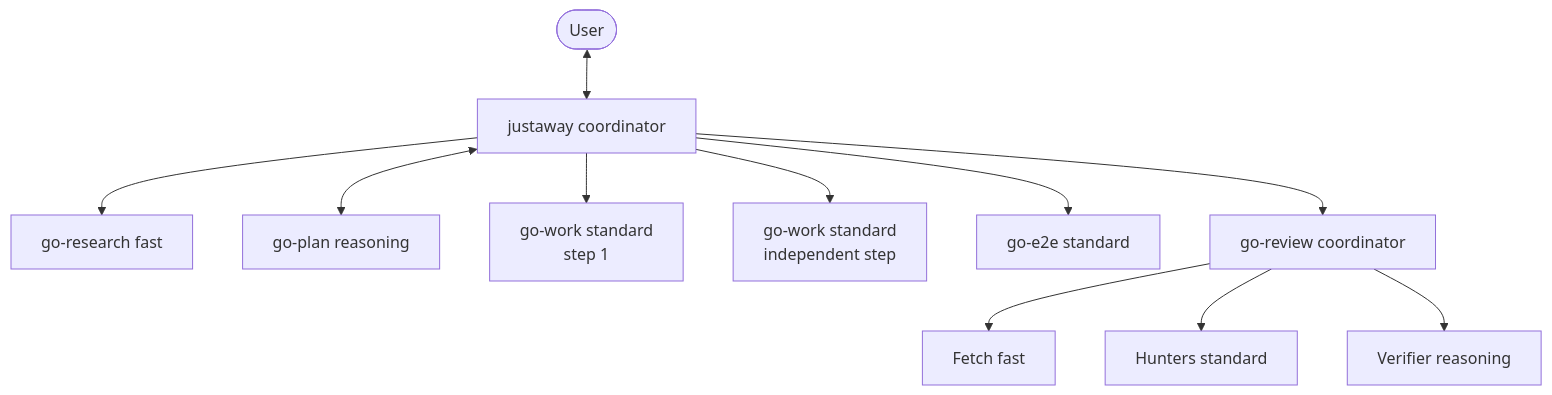
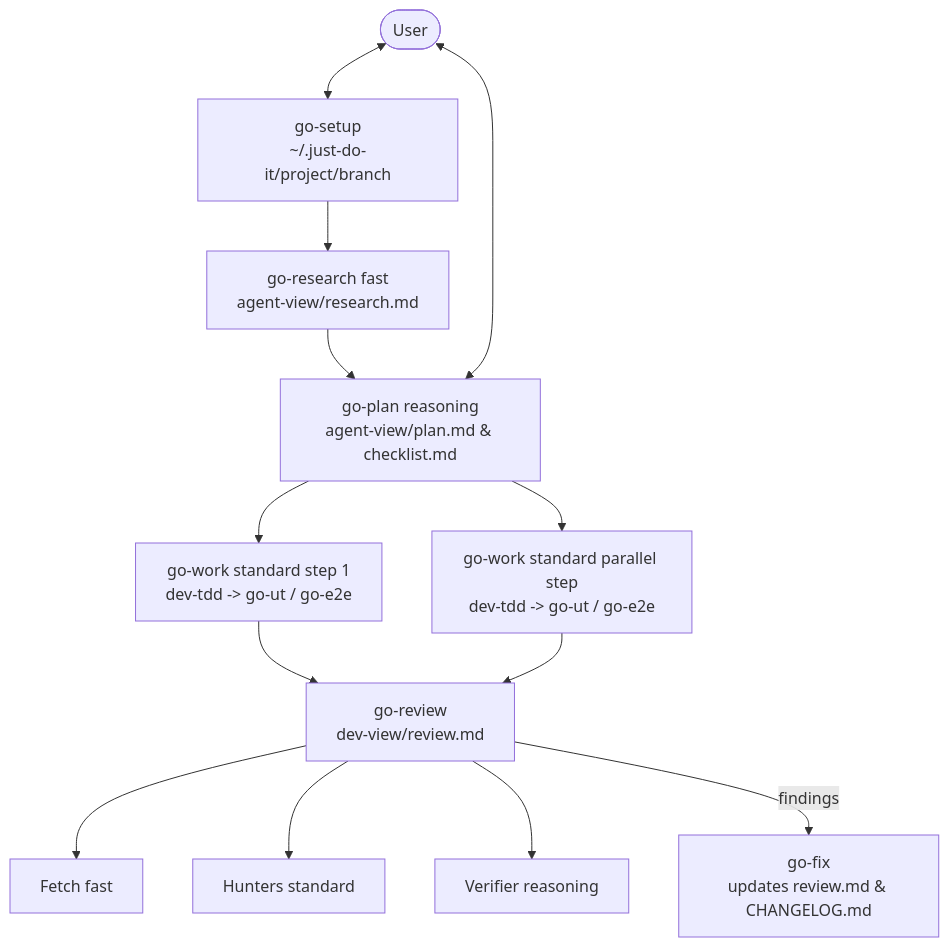
One commit to le0u0/just-do-it changed the diagram in docs/architecture/ARCHITECTURE.md. Above: the diagram before and after it, drawn with Mermaid. The commit also changed other lines of this file and 82 other files, not shown here.

Commit message:
feat!: replace justaway mode with independent skill storage, go-setup, go-flow, and to-test-doc

````diff
--- a/docs/architecture/ARCHITECTURE.md
+++ b/docs/architecture/ARCHITECTURE.md
@@ -7,13 +9,15 @@
 ```mermaid
 flowchart TD
-    U([User]) <--> M[justaway coordinator]
-    M --> R[go-research fast]
-    M <--> P[go-plan reasoning]
-    M --> S1[go-work standard<br/>step 1]
-    M --> S2[go-work standard<br/>independent step]
-    M --> E[go-e2e standard]
-    M --> C[go-review coordinator]
+    U([User]) <--> S[go-setup<br/>~/.just-do-it/project/branch]
+    S --> R[go-research fast<br/>agent-view/research.md]
+    R --> P[go-plan reasoning<br/>agent-view/plan.md & checklist.md]
+    U <--> P
+    P --> S1[go-work standard step 1<br/>dev-tdd -> go-ut / go-e2e]
+    P --> S2[go-work standard parallel step<br/>dev-tdd -> go-ut / go-e2e]
+    S1 --> C[go-review<br/>dev-view/review.md]
+    S2 --> C
     C --> F[Fetch fast]
     C --> H[Hunters standard]
     C --> V[Verifier reasoning]
+    C -->|findings| X[go-fix<br/>updates review.md & CHANGELOG.md]
 ```
````
